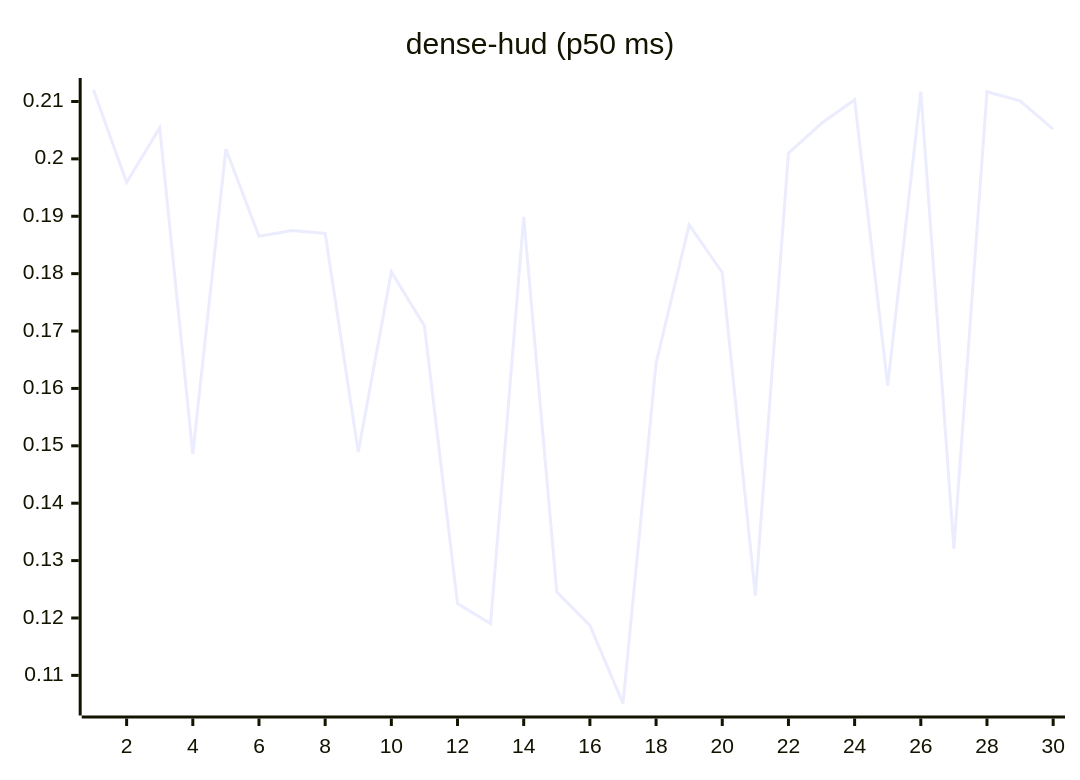
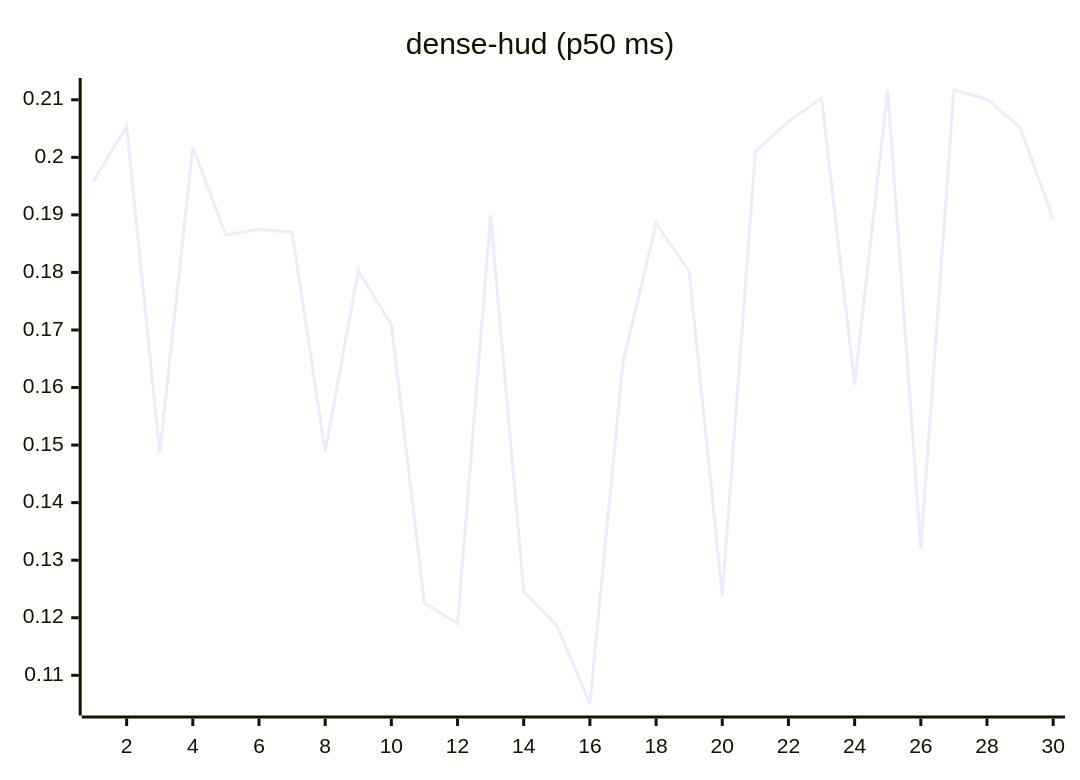
One commit to josha/Facet changed the eighth of 27 diagrams in README.md. Above: the diagram before and after it, drawn with Mermaid. The commit also changed other lines of this file and 2 other files, not shown here.

````diff
--- a/README.md
+++ b/README.md
@@ -112,6 +112,6 @@
 ```mermaid
 xychart-beta
     title "dense-hud (p50 ms)"
     x-axis 1 --> 30
-    line [0.2120, 0.1959, 0.2054, 0.1486, 0.2017, 0.1865, 0.1875, 0.1870, 0.1489, 0.1803, 0.1709, 0.1225, 0.1190, 0.1899, 0.1245, 0.1187, 0.1051, 0.1644, 0.1885, 0.1802, 0.1239, 0.2010, 0.2062, 0.2103, 0.1605, 0.2117, 0.1321, 0.2117, 0.2101, 0.2052]
+    line [0.1959, 0.2054, 0.1486, 0.2017, 0.1865, 0.1875, 0.1870, 0.1489, 0.1803, 0.1709, 0.1225, 0.1190, 0.1899, 0.1245, 0.1187, 0.1051, 0.1644, 0.1885, 0.1802, 0.1239, 0.2010, 0.2062, 0.2103, 0.1605, 0.2117, 0.1321, 0.2117, 0.2101, 0.2052, 0.1893]
 ```
````
